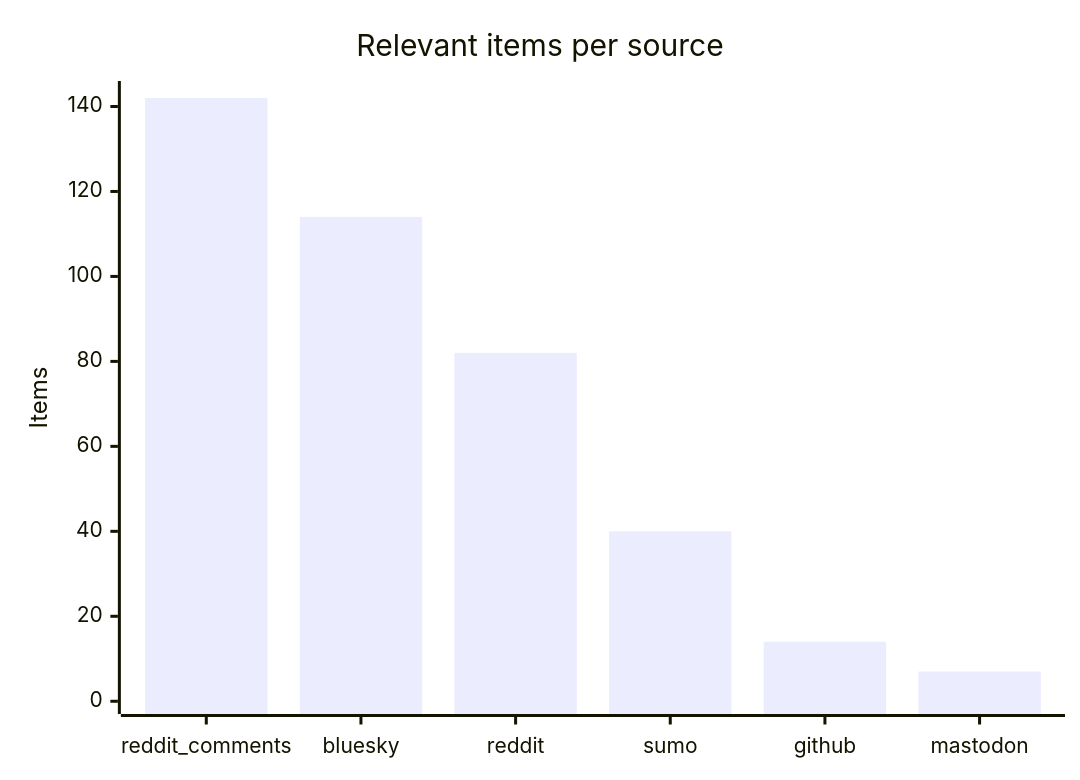
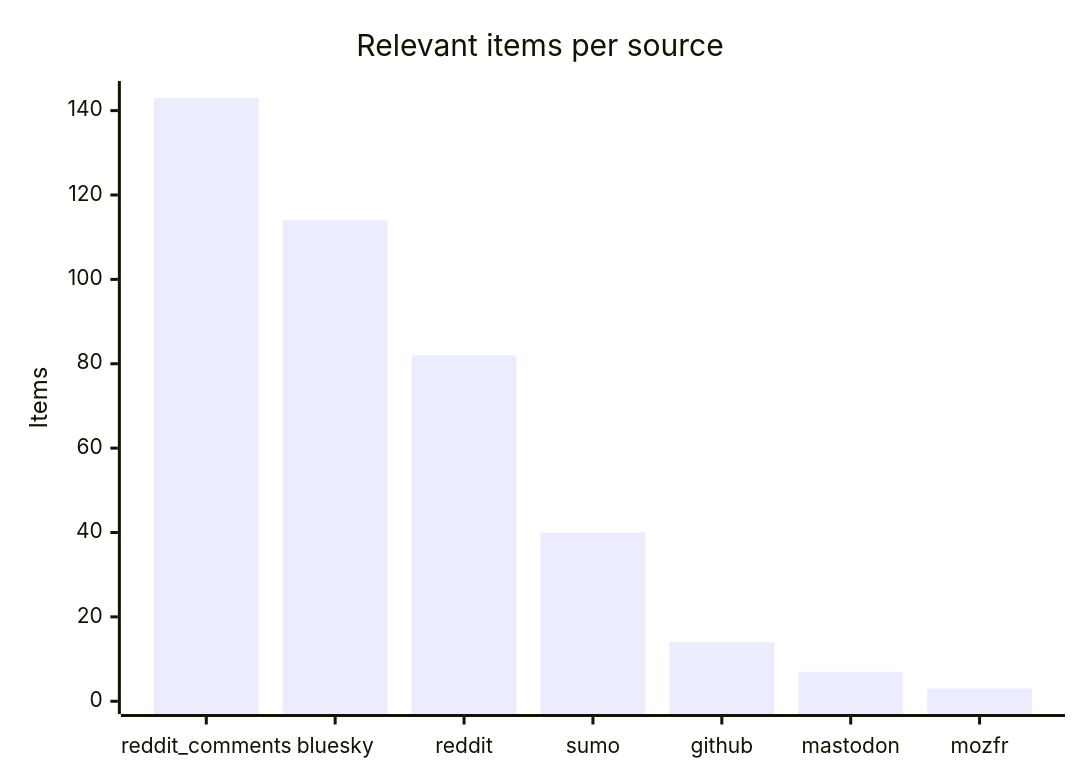
One commit to martinbalfanz/social-scanner-reports changed the third of 4 diagrams in README.md. Above: the diagram before and after it, drawn with Mermaid. The commit also changed other lines of this file and 6 other files, not shown here.

````diff
--- a/README.md
+++ b/README.md
@@ -48,7 +48,7 @@
 ```mermaid
 xychart-beta
     title "Relevant items per source"
-    x-axis ["reddit_comments", "bluesky", "reddit", "sumo", "github", "mastodon"]
-    y-axis "Items" 0 --> 143
-    bar [142, 114, 82, 40, 14, 7]
+    x-axis ["reddit_comments", "bluesky", "reddit", "sumo", "github", "mastodon", "mozfr"]
+    y-axis "Items" 0 --> 144
+    bar [143, 114, 82, 40, 14, 7, 3]
 ```
````
